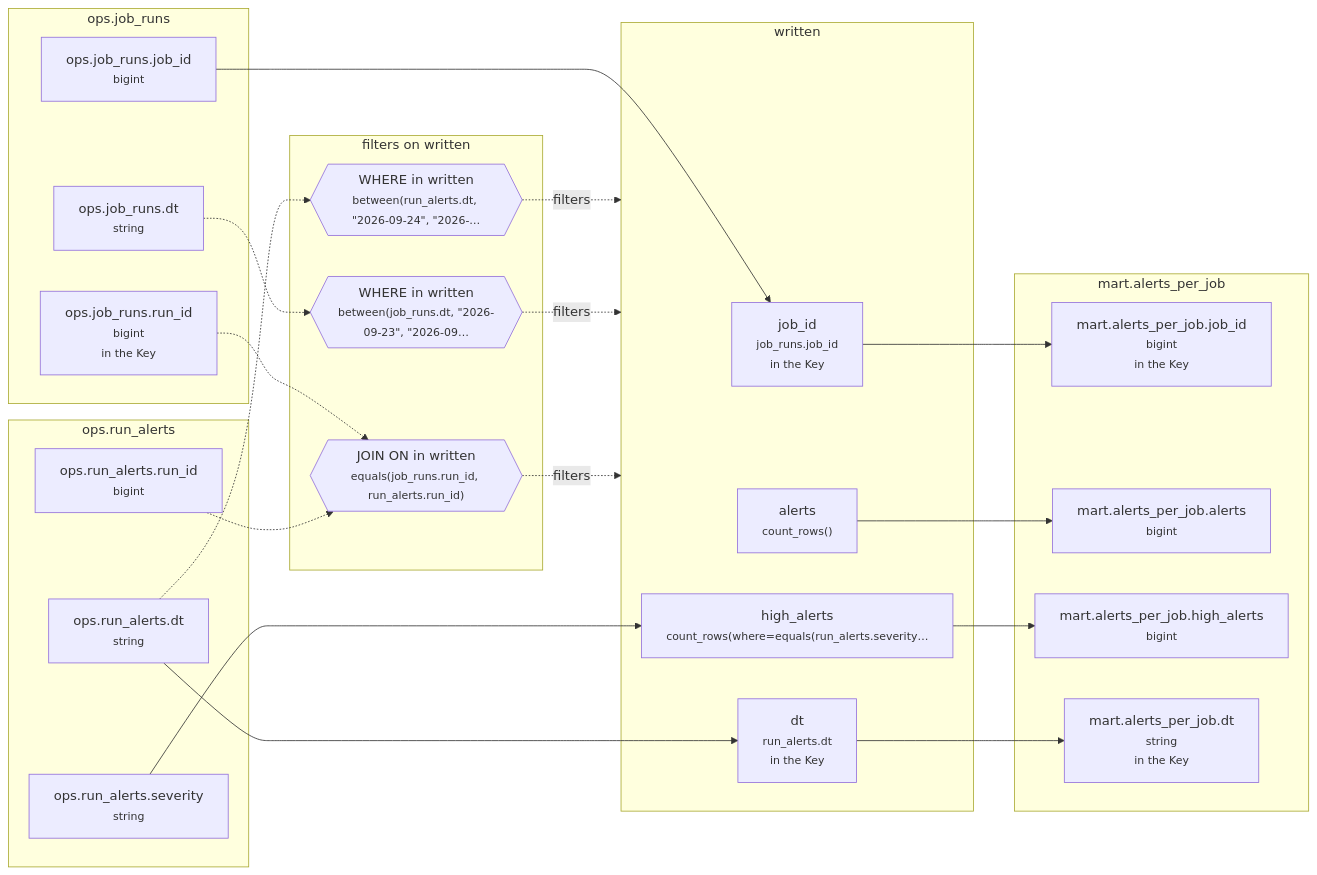
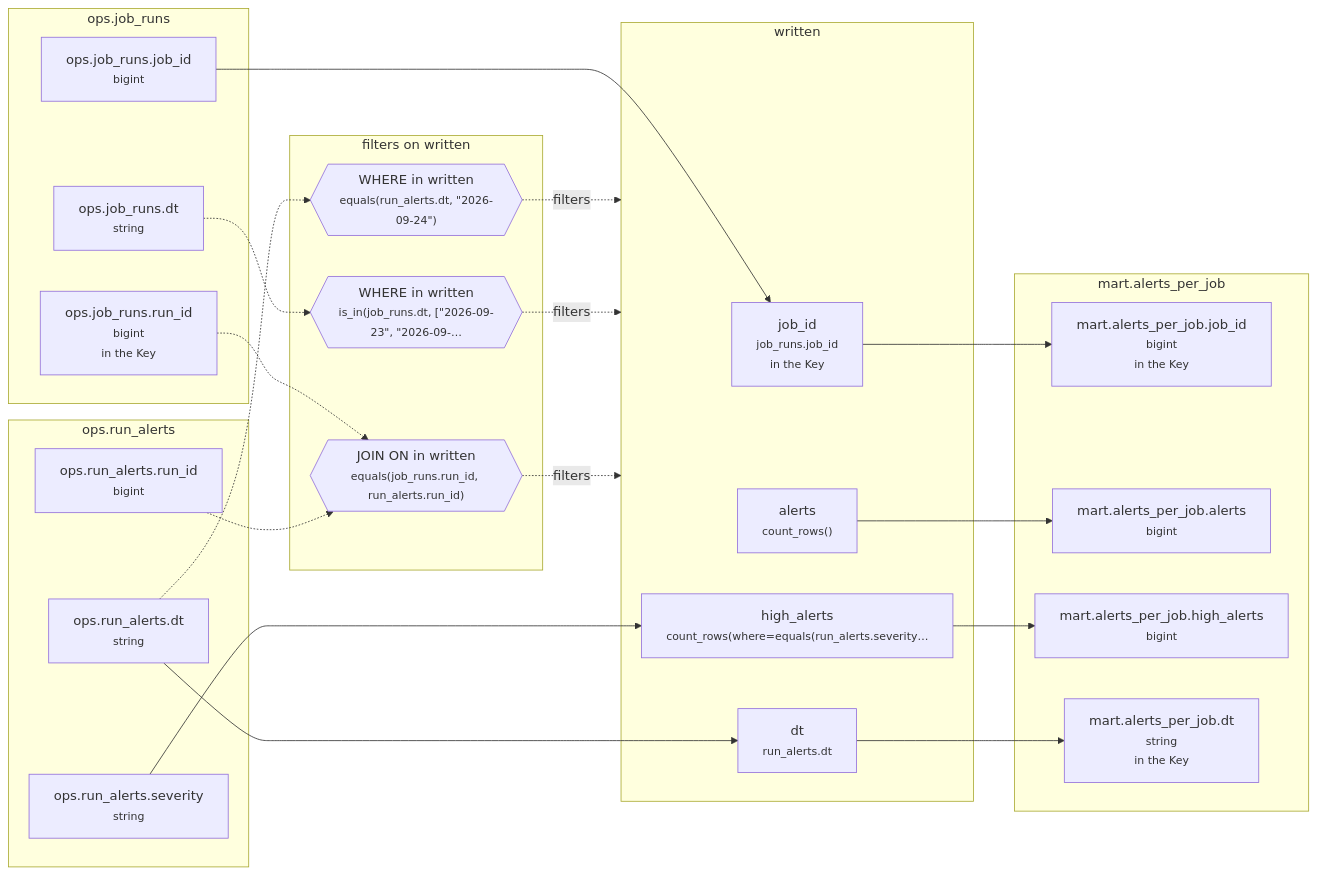
Before and after one commit to EdgyPage/SQL-Composer: the diagram in example_projects/starter/tables/mart__alerts_per_job/lineage/20260925-060000-mart__alerts_per_job.md, drawn with Mermaid. The commit also changed other lines of this file and 99 other files, not shown here.

````diff
--- a/example_projects/starter/tables/mart__alerts_per_job/lineage/20260925-060000-mart__alerts_per_job.md
+++ b/example_projects/starter/tables/mart__alerts_per_job/lineage/20260925-060000-mart__alerts_per_job.md
@@ -7,44 +7,44 @@
 ```mermaid
 flowchart LR
   subgraph g0["ops.job_runs"]
     n0["ops.job_runs.job_id<br/><small>bigint</small>"]
     n9["ops.job_runs.dt<br/><small>string</small>"]
     n11["ops.job_runs.run_id<br/><small>bigint</small><br/><small>in the Key</small>"]
   end
   subgraph g1["written"]
     n1["job_id<br/><small>job_runs.job_id</small><br/><small>in the Key</small>"]
     n2["alerts<br/><small>count_rows()</small>"]
     n4["high_alerts<br/><small>count_rows(where=equals(run_alerts.severity…</small>"]
-    n6["dt<br/><small>run_alerts.dt</small><br/><small>in the Key</small>"]
+    n6["dt<br/><small>run_alerts.dt</small>"]
   end
   subgraph g2["ops.run_alerts"]
     n3["ops.run_alerts.severity<br/><small>string</small>"]
     n5["ops.run_alerts.dt<br/><small>string</small>"]
     n12["ops.run_alerts.run_id<br/><small>bigint</small>"]
   end
   subgraph g3["filters on written"]
-    n7{{"WHERE in written<br/><small>between(run_alerts.dt, #quot;2026-09-24#quot;, #quot;2026-…</small>"}}
-    n8{{"WHERE in written<br/><small>between(job_runs.dt, #quot;2026-09-23#quot;, #quot;2026-09…</small>"}}
+    n7{{"WHERE in written<br/><small>equals(run_alerts.dt, #quot;2026-09-24#quot;)</small>"}}
+    n8{{"WHERE in written<br/><small>is_in(job_runs.dt, [#quot;2026-09-23#quot;, #quot;2026-09-…</small>"}}
     n10{{"JOIN ON in written<br/><small>equals(job_runs.run_id, run_alerts.run_id)</small>"}}
   end
   subgraph g4["mart.alerts_per_job"]
     n13["mart.alerts_per_job.job_id<br/><small>bigint</small><br/><small>in the Key</small>"]
     n14["mart.alerts_per_job.alerts<br/><small>bigint</small>"]
     n15["mart.alerts_per_job.high_alerts<br/><small>bigint</small>"]
     n16["mart.alerts_per_job.dt<br/><small>string</small><br/><small>in the Key</small>"]
   end
   n0 --> n1
   n3 --> n4
   n5 --> n6
   n5 -.-> n7
   n9 -.-> n8
   n11 -.-> n10
   n12 -.-> n10
   n1 --> n13
   n2 --> n14
   n4 --> n15
   n6 --> n16
   n7 -.->|filters| g1
   n8 -.->|filters| g1
   n10 -.->|filters| g1
 ```
````
